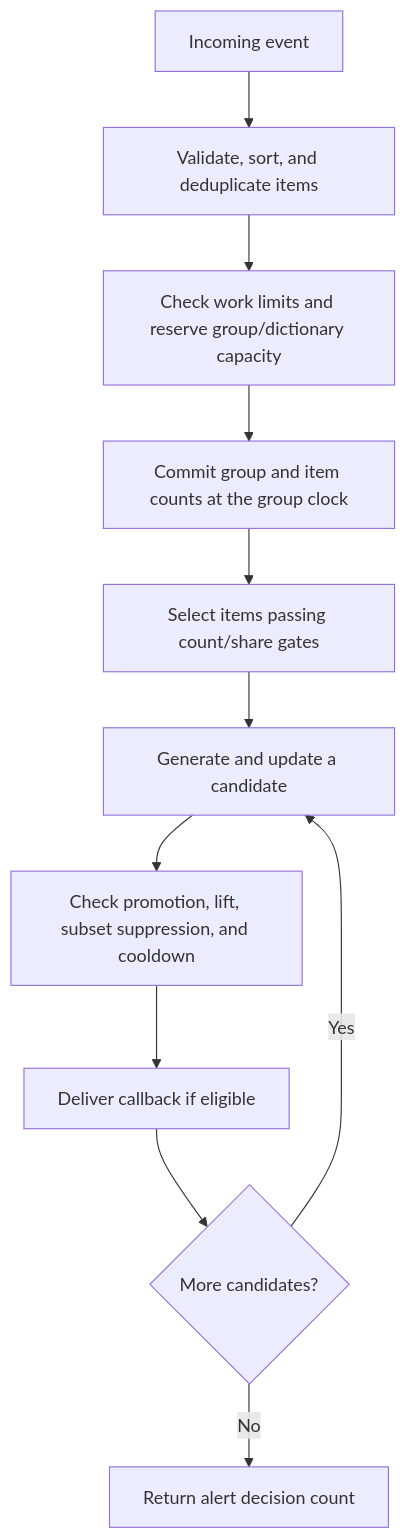
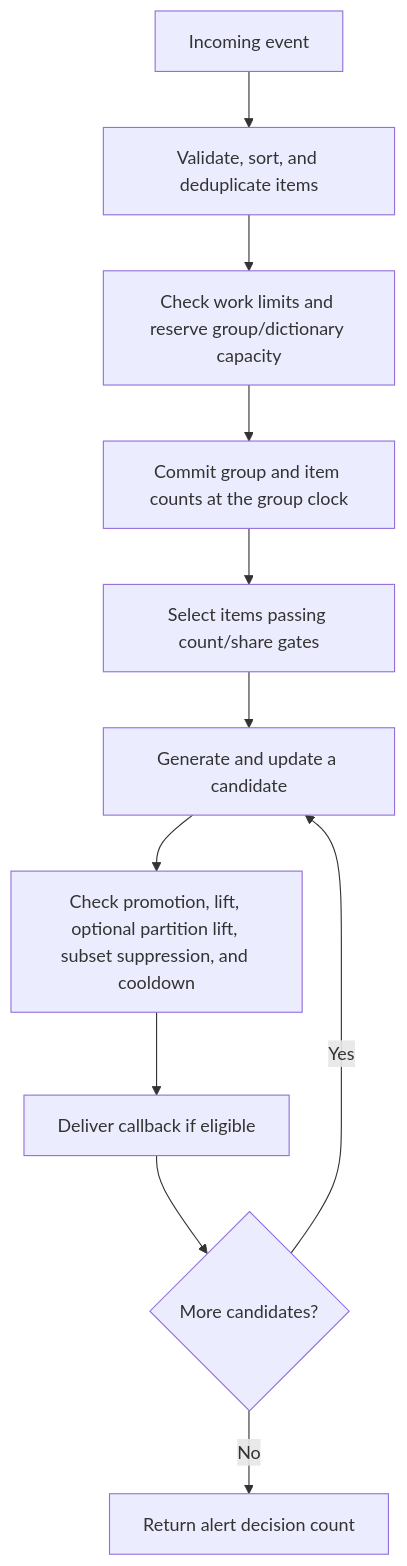
Before and after one commit to sleepybishop/bishfpm: the diagram in docs/DESIGN.md, drawn with Mermaid. The commit also changed other lines of this file and 7 other files, not shown here.

Commit message:
Add conservative partition-lift alert filtering

````diff
--- a/docs/DESIGN.md
+++ b/docs/DESIGN.md
@@ -10,13 +10,13 @@
 ```mermaid
 flowchart TD
     A["Incoming event"] --> B["Validate, sort, and deduplicate items"]
     B --> C["Check work limits and reserve group/dictionary capacity"]
     C --> D["Commit group and item counts at the group clock"]
     D --> E["Select items passing count/share gates"]
     E --> F["Generate and update a candidate"]
-    F --> G["Check promotion, lift, subset suppression, and cooldown"]
+    F --> G["Check promotion, lift, optional partition lift, subset suppression, and cooldown"]
     G --> H["Deliver callback if eligible"]
     H --> I{"More candidates?"}
     I -->|Yes| F
     I -->|No| J["Return alert decision count"]
 ```
````
